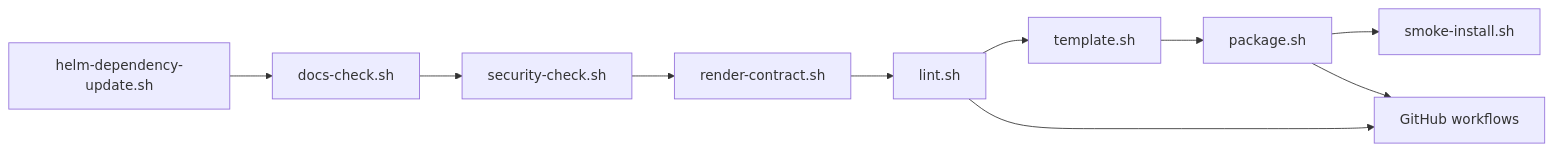
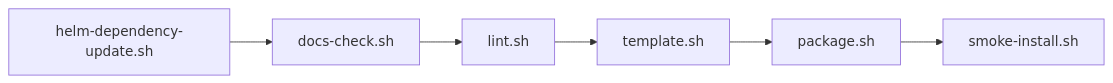
One commit to sanger-pathogens/dlh-in-a-box-umbrella-helm-chart changed the diagram in hack/README.md. Above: the diagram before and after it, drawn with Mermaid. The commit also changed other lines of this file and 37 other files, not shown here.

````diff
--- a/hack/README.md
+++ b/hack/README.md
@@ -21,12 +6,8 @@
 ```mermaid
 flowchart LR
   Deps[helm-dependency-update.sh] --> Docs[docs-check.sh]
-  Docs --> Security[security-check.sh]
-  Security --> Contract[render-contract.sh]
-  Contract --> Lint[lint.sh]
-  Lint --> Render[template.sh]
-  Render --> Package[package.sh]
+  Docs --> Lint[lint.sh]
+  Lint --> Template[template.sh]
+  Template --> Package[package.sh]
   Package --> Smoke[smoke-install.sh]
-  Lint --> Publish[GitHub workflows]
-  Package --> Publish
 ```
````
